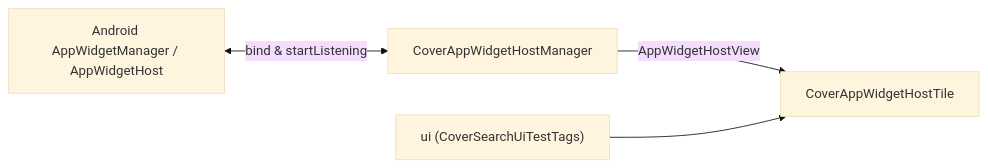
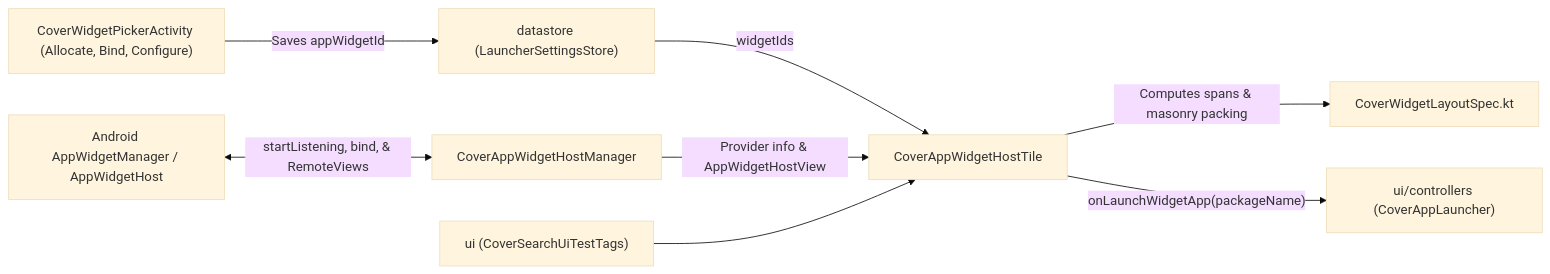
The diagram in app/src/main/java/com/tyejaedon/coverscreenos/ui/widgets/README.md (tyejaedon/Cover-Screen-OS), drawn with Mermaid (base theme) before and after one commit. The commit also changed other lines of this file and 157 other files, not shown here.

````diff
--- a/app/src/main/java/com/tyejaedon/coverscreenos/ui/widgets/README.md
+++ b/app/src/main/java/com/tyejaedon/coverscreenos/ui/widgets/README.md
@@ -14,6 +98,10 @@
 ```mermaid
 flowchart LR
-    Android["Android AppWidgetManager / AppWidgetHost"] <-->|"bind & startListening"| Manager["CoverAppWidgetHostManager"]
-    Manager -->|"AppWidgetHostView"| Tile["CoverAppWidgetHostTile"]
+    Picker["CoverWidgetPickerActivity (Allocate, Bind, Configure)"] -->|"Saves appWidgetId"| Store["datastore (LauncherSettingsStore)"]
+    Android["Android AppWidgetManager / AppWidgetHost"] <-->|"startListening, bind, & RemoteViews"| Manager["CoverAppWidgetHostManager"]
+    Store -->|"widgetIds"| Tile["CoverAppWidgetHostTile"]
+    Manager -->|"Provider info & AppWidgetHostView"| Tile
+    Tile -->|"Computes spans & masonry packing"| LayoutSpec["CoverWidgetLayoutSpec.kt"]
+    Tile -->|"onLaunchWidgetApp(packageName)"| Launcher["ui/controllers (CoverAppLauncher)"]
     Tags["ui (CoverSearchUiTestTags)"] --> Tile
 ```
````
